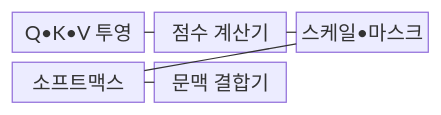
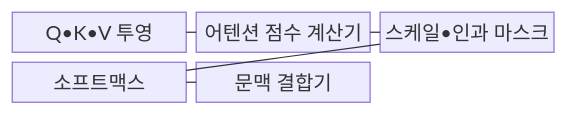
One commit to agnusdei1207/knowledge-base changed the first of 2 diagrams in src/content/docs/notes/08-latest-tech/028_self_attention.md. Above: the diagram before and after it, drawn with Mermaid. The commit also changed other lines of this file and 493 other files, not shown here.

````diff
--- a/src/content/docs/notes/08-latest-tech/028_self_attention.md
+++ b/src/content/docs/notes/08-latest-tech/028_self_attention.md
@@ -68,13 +68,13 @@
 ```mermaid
 block-beta
     columns 3
     P["Q•K•V 투영"]
-    S["점수 계산기"]
-    M["스케일•마스크"]
+    S["어텐션 점수 계산기"]
+    M["스케일•인과 마스크"]
     W["소프트맥스"]
     C["문맥 결합기"]
     P --- S
     S --- M
     M --- W
     W --- C
 ```
````
